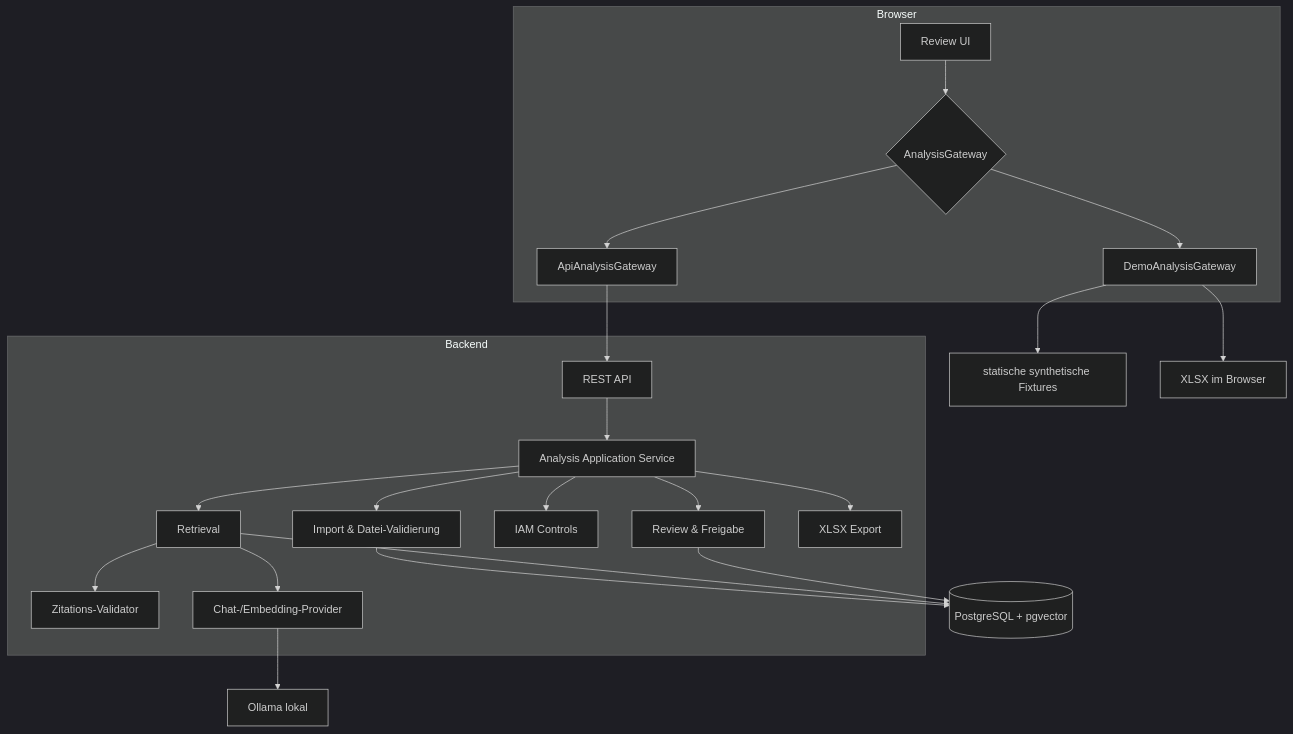
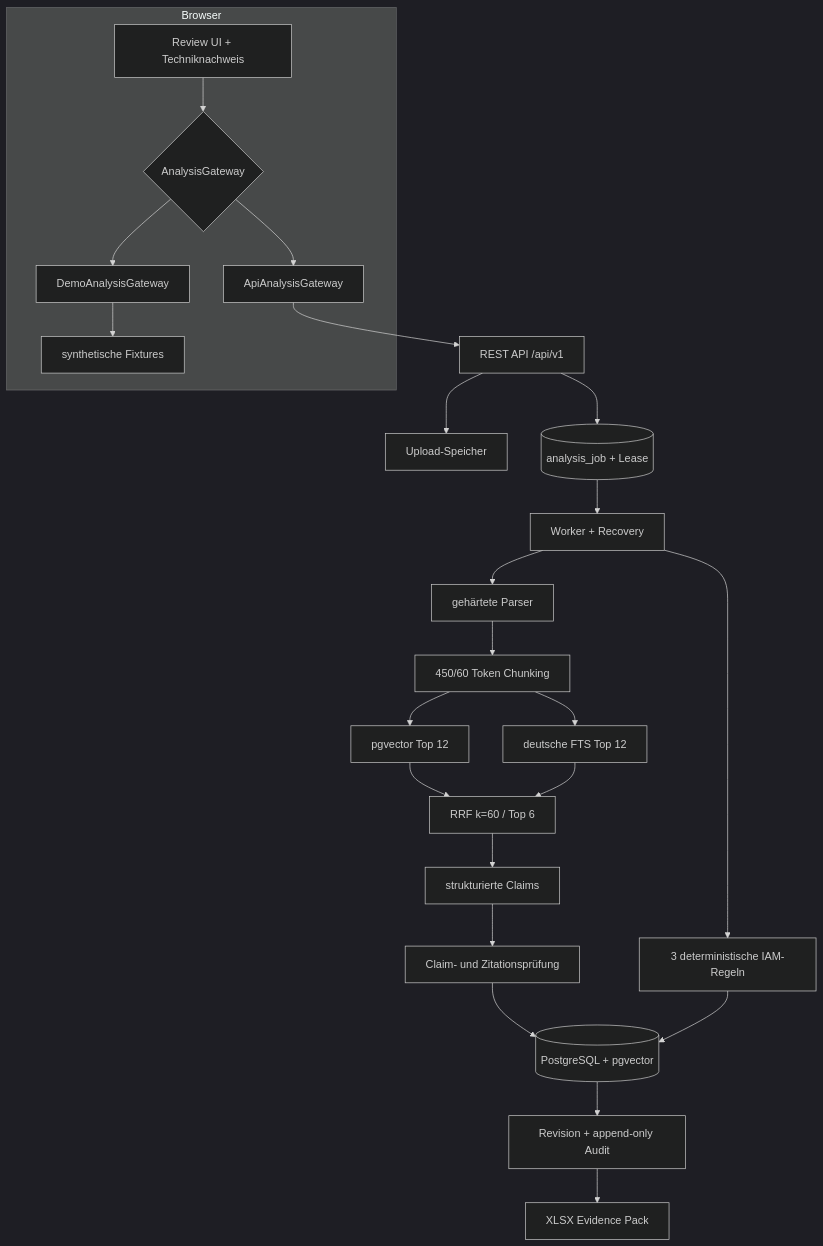
One commit to vxx2207/evidencerfp changed the diagram in docs/ARCHITECTURE.md. Above: the diagram before and after it, drawn with Mermaid (dark theme). The commit also changed other lines of this file and 129 other files, not shown here.

````diff
--- a/docs/ARCHITECTURE.md
+++ b/docs/ARCHITECTURE.md
@@ -7,30 +10,29 @@
 ```mermaid
 flowchart TB
     subgraph Browser
-        UI[Review UI]
+        UI[Review UI + Techniknachweis]
         GW{AnalysisGateway}
         UI --> GW
         GW --> DEMO[DemoAnalysisGateway]
         GW --> LIVE[ApiAnalysisGateway]
+        DEMO --> FIX[synthetische Fixtures]
     end
 
-    DEMO --> JSON[statische synthetische Fixtures]
-    DEMO --> BROWSERXLSX[XLSX im Browser]
-    LIVE --> REST[REST API]
-
-    subgraph Backend
-        REST --> APP[Analysis Application Service]
-        APP --> ING[Import & Datei-Validierung]
-        APP --> SEARCH[Retrieval]
-        APP --> CTRL[IAM Controls]
-        APP --> REVIEW[Review & Freigabe]
-        APP --> EXPORT[XLSX Export]
-        SEARCH --> CITE[Zitations-Validator]
-        SEARCH --> AI[Chat-/Embedding-Provider]
-    end
-
-    ING --> PG[(PostgreSQL + pgvector)]
-    SEARCH --> PG
-    REVIEW --> PG
-    AI --> OLLAMA[Ollama lokal]
+    LIVE --> API[REST API /api/v1]
+    API --> STORE[Upload-Speicher]
+    API --> JOB[(analysis_job + Lease)]
+    JOB --> WORKER[Worker + Recovery]
+    WORKER --> PARSE[gehärtete Parser]
+    PARSE --> CHUNK[450/60 Token Chunking]
+    CHUNK --> DENSE[pgvector Top 12]
+    CHUNK --> FTS[deutsche FTS Top 12]
+    DENSE --> RRF[RRF k=60 / Top 6]
+    FTS --> RRF
+    RRF --> GEN[strukturierte Claims]
+    GEN --> VERIFY[Claim- und Zitationsprüfung]
+    WORKER --> IAM[3 deterministische IAM-Regeln]
+    VERIFY --> PG[(PostgreSQL + pgvector)]
+    IAM --> PG
+    PG --> REVIEW[Revision + append-only Audit]
+    REVIEW --> XLSX[XLSX Evidence Pack]
 ```
````
